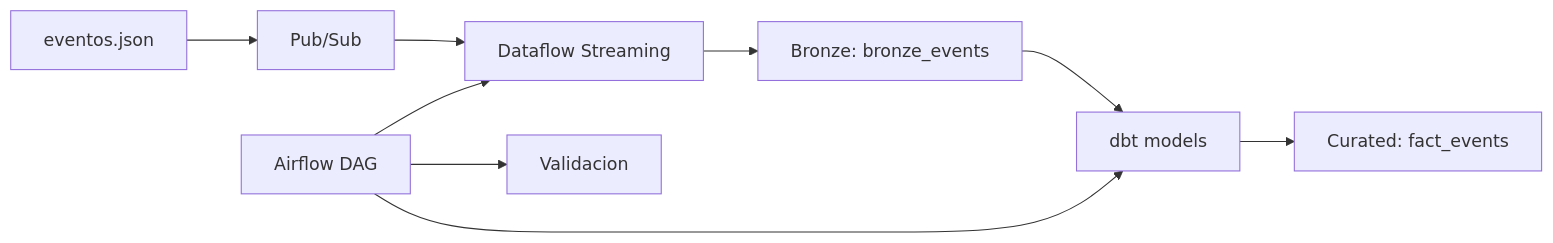
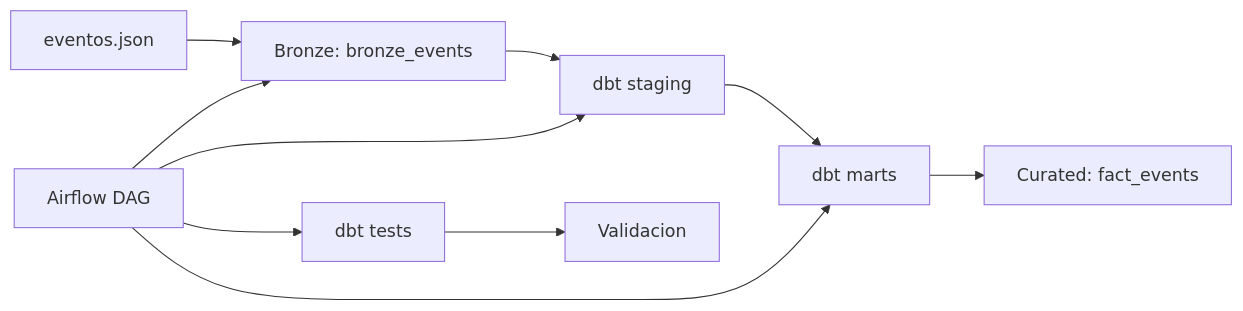
One commit to Ciel7872/Dicsys_Fase_6_Ingenieria_De_Datos_Pipeline_NR changed the diagram in README.md. Above: the diagram before and after it, drawn with Mermaid. The commit also changed other lines of this file, not shown here.

````diff
--- a/README.md
+++ b/README.md
@@ -8,11 +8,12 @@
 ```mermaid
 graph LR
-    A[eventos.json] --> B[Pub/Sub]
-    B --> C[Dataflow Streaming]
-    C --> D[Bronze: bronze_events]
-    D --> E[dbt models]
-    E --> F[Curated: fact_events]
-    G[Airflow DAG] --> C
-    G --> E
+    A[eventos.json] --> B[Bronze: bronze_events]
+    B --> C[dbt staging]
+    C --> D[dbt marts]
+    D --> E[Curated: fact_events]
+    F[Airflow DAG] --> B
+    F --> C
+    F --> D
+    F --> G[dbt tests]
     G --> H[Validacion]
 ```
````
